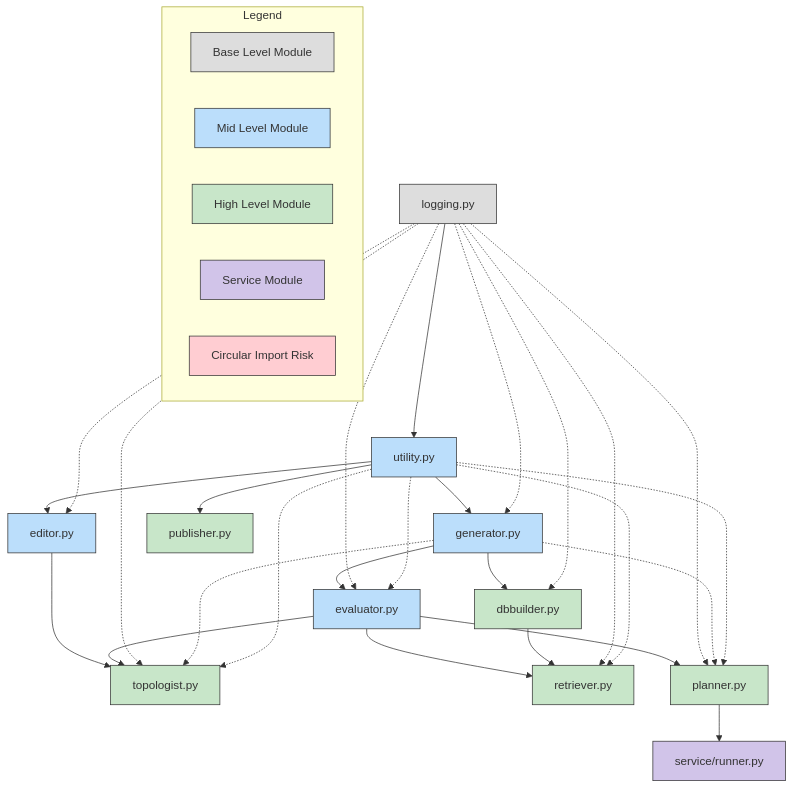
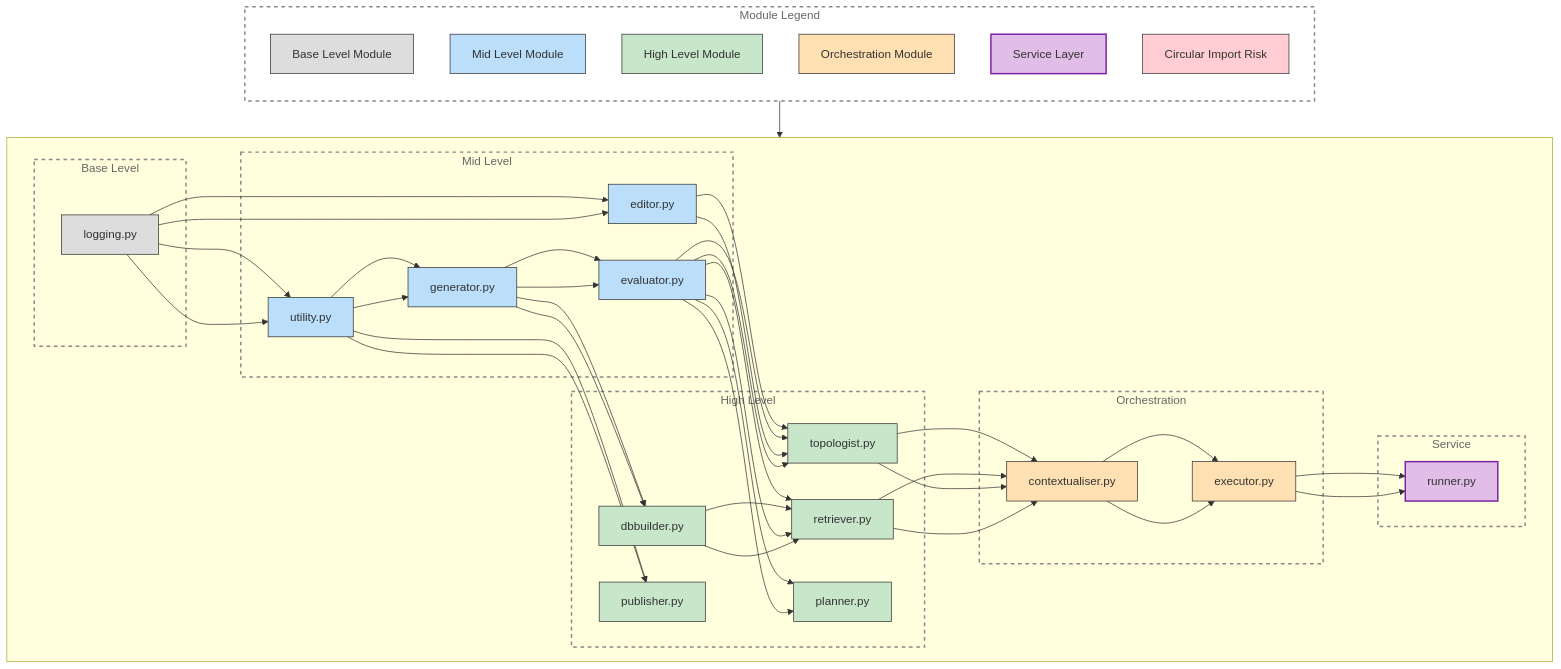
Before and after one commit to RnD4ASI/AutoLM: the diagram in docs/analysis/module_dependency.md, drawn with Mermaid. The commit also changed other lines of this file and 9 other files, not shown here.

````diff
--- a/docs/analysis/module_dependency.md
+++ b/docs/analysis/module_dependency.md
@@ -91,61 +123,160 @@
 ```mermaid
-graph TD
-    A[logging.py] --> B[utility.py]
-    B --> C[generator.py]
-    B --> D[editor.py]
-    B --> I[publisher.py]
-    C --> E[evaluator.py]
-    C --> G[dbbuilder.py]
-    D --> F[topologist.py]
-    E --> F
-    E --> H[retriever.py]
-    E --> J[planner.py]
-    G --> H
-    J --> K[service/runner.py]
+graph TB
+    %% Legend at the very top with distinct background
+    subgraph Legend ["Module Legend"]
+        direction TB
+        L1[Base Level Module]:::base
+        L2[Mid Level Module]:::mid
+        L3[High Level Module]:::high
+        L4[Orchestration Module]:::orchestration
+        L5[Service Layer]:::service
+        L6[Circular Import Risk]:::risk
+    end
     
-    %% Direct dependencies
-    A -.-> C
-    A -.-> D
-    A -.-> E
-    A -.-> F
-    A -.-> G
-    A -.-> H
-    A -.-> J
+    %% Main graph direction (left to right for the actual modules)
+    subgraph mainGraph [" "]
+        direction LR
+        
+        %% Empty node to force legend to top
+        InvisibleNode[ ]:::invisible
+        
+        %% Main content starts here
+        subgraph Base_Level["Base Level"]
+            A[logging.py]
+        end
+        
+        subgraph Mid_Level["Mid Level"]
+            B[utility.py]
+            C[generator.py]
+            D[editor.py]
+            E[evaluator.py]
+        end
+        
+        subgraph High_Level["High Level"]
+            F[topologist.py]
+            G[dbbuilder.py]
+            H[retriever.py]
+            I[publisher.py]
+            J[planner.py]
+        end
+        
+        subgraph Orchestration_Layer["Orchestration"]
+            L[contextualiser.py]
+            M[executor.py]
+        end
+        
+        subgraph Service_Layer["Service"]
+            N[runner.py]
+        end
+        
+        %% Core flow (left to right)
+        A --> B & D
+        B --> C
+        C --> E
+        C --> G
+        D --> F
+        E --> F & H & J
+        G --> H
+        F --> L
+        H --> L
+        L --> M
+        M --> N
+        
+        %% Cross-layer dependencies
+        B --> I
+    end
     
-    %% Additional dependencies
-    C -.-> F
-    C -.-> J
-    B -.-> E
-    B -.-> F
-    B -.-> H
-    B -.-> J
+    %% Connect legend to main graph (invisible connection)
+    Legend --> InvisibleNode[ ]
     
-    %% H --> G
+    %% Style the subgraphs
+    classDef subgraphStyle fill:none,stroke:#888,stroke-width:2px,stroke-dasharray: 5 5,color:#666
+    classDef legendStyle fill:#f8f9fa,stroke:#dee2e6,stroke-width:2px,color:#212529
+    classDef subgraphTitle fill:none,stroke:none,font-weight:bold,font-size:14px
+    classDef invisible fill:none,stroke:none,color:none,width:0,height:0
     
-    %% Styling
+    class Service_Layer,Orchestration_Layer,High_Level,Mid_Level,Base_Level subgraphStyle
+    class Legend legendStyle
+    class InvisibleNode invisible
+    
+    %% Node styling
     classDef base fill:#ddd,stroke:#333,stroke-width:1px
     classDef mid fill:#bbdefb,stroke:#333,stroke-width:1px
     classDef high fill:#c8e6c9,stroke:#333,stroke-width:1px
-    classDef service fill:#d1c4e9,stroke:#333,stroke-width:1px
+    classDef orchestration fill:#ffe0b2,stroke:#333,stroke-width:1px
+    classDef service fill:#e1bee7,stroke:#7b1fa2,stroke-width:2px
     classDef risk fill:#ffcdd2,stroke:#333,stroke-width:1px
     
+    %% Apply styles to nodes
     class A base
     class B,C,D,E mid
     class F,G,H,I,J high
-    class K service
+    class L,M orchestration
+    class N service
     
-    %% Legend
-    subgraph Legend
-        L1[Base Level Module]
-        L2[Mid Level Module]
-        L3[High Level Module]
-        L4[Service Module]
-        L5[Circular Import Risk]
+    %% Define subgraphs for each layer (left to right)
+    subgraph Base_Level["Base Level"]
+        A[logging.py]
     end
     
-    class L1 base
-    class L2 mid
-    class L3 high
-    class L4 service
-    class L5 risk
+    subgraph Mid_Level["Mid Level"]
+        B[utility.py]
+        C[generator.py]
+        D[editor.py]
+        E[evaluator.py]
+    end
+    
+    subgraph High_Level["High Level"]
+        F[topologist.py]
+        G[dbbuilder.py]
+        H[retriever.py]
+        I[publisher.py]
+        J[planner.py]
+    end
+    
+    subgraph Orchestration_Layer["Orchestration"]
+        L[contextualiser.py]
+        M[executor.py]
+    end
+    
+    subgraph Service_Layer["Service"]
+        N[runner.py]
+    end
+    
+    %% Core flow (left to right)
+    A --> B & D
+    B --> C
+    C --> E
+    C --> G
+    D --> F
+    E --> F & H & J
+    G --> H
+    F --> L
+    H --> L
+    L --> M
+    M --> N
+    
+    %% Cross-layer dependencies
+    B --> I
+    
+    %% Style the subgraphs
+    classDef subgraphStyle fill:none,stroke:#888,stroke-width:2px,stroke-dasharray: 5 5,color:#666
+    classDef subgraphTitle fill:none,stroke:none,font-weight:bold,font-size:14px
+    
+    class Service_Layer,Orchestration_Layer,High_Level,Mid_Level,Base_Level,Legend subgraphStyle
+    
+    %% Node styling
+    classDef base fill:#ddd,stroke:#333,stroke-width:1px
+    classDef mid fill:#bbdefb,stroke:#333,stroke-width:1px
+    classDef high fill:#c8e6c9,stroke:#333,stroke-width:1px
+    classDef orchestration fill:#ffe0b2,stroke:#333,stroke-width:1px
+    classDef service fill:#e1bee7,stroke:#7b1fa2,stroke-width:2px
+    classDef risk fill:#ffcdd2,stroke:#333,stroke-width:1px
+    
+    %% Apply styles to nodes
+    class A base
+    class B,C,D,E mid
+    class F,G,H,I,J high
+    class L,M orchestration
+    class N service
 ```
````
